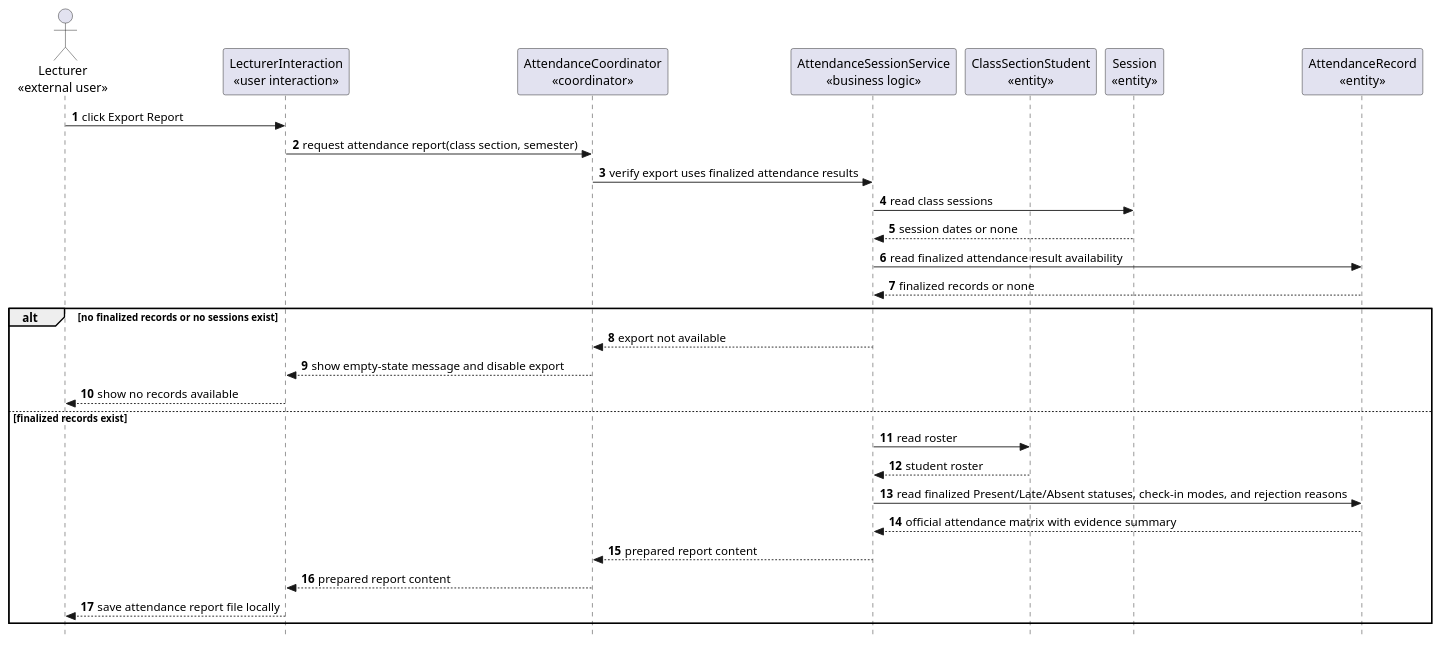
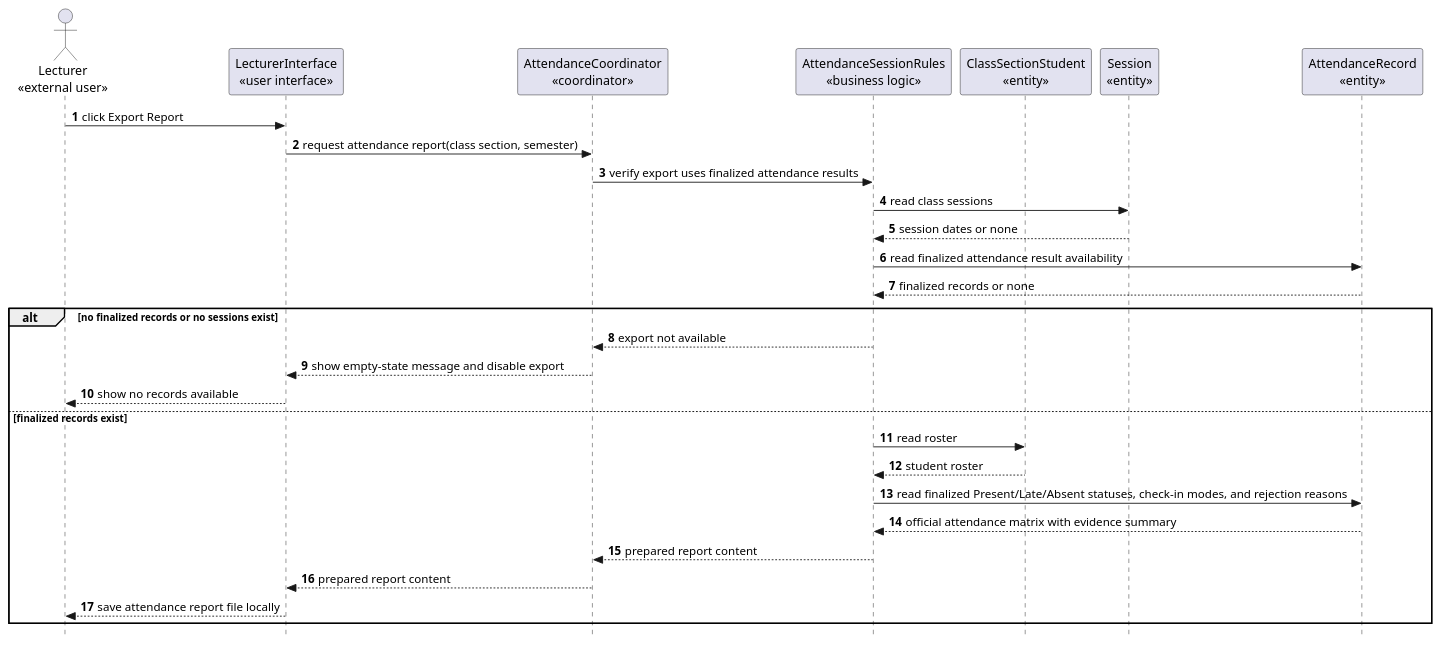
One commit to nttung42/SWD392 changed diagram 21 of 26 in docs/rds/2_Analysis.md. Above: the diagram before and after it, drawn with PlantUML. The commit also changed other lines of this file and 1 other file, not shown here.

````diff
--- a/docs/rds/2_Analysis.md
+++ b/docs/rds/2_Analysis.md
@@ -951,35 +951,35 @@
 ```plantuml
 @startuml
 skinparam style strictuml
 autonumber
 actor "Lecturer\n«external user»" as Lecturer
-participant "LecturerInteraction\n«user interaction»" as LecturerUI
+participant "LecturerInterface\n«user interface»" as LecturerUI
 participant "AttendanceCoordinator\n«coordinator»" as ReportControl
-participant "AttendanceSessionService\n«business logic»" as ReportRules
+participant "AttendanceSessionRules\n«business logic»" as ReportRules
 participant "ClassSectionStudent\n«entity»" as ClassSectionStudent
 participant "Session\n«entity»" as Session
 participant "AttendanceRecord\n«entity»" as AttendanceRecord
 
 Lecturer -> LecturerUI : click Export Report
 LecturerUI -> ReportControl : request attendance report(class section, semester)
 ReportControl -> ReportRules : verify export uses finalized attendance results
 ReportRules -> Session : read class sessions
 Session --> ReportRules : session dates or none
 ReportRules -> AttendanceRecord : read finalized attendance result availability
 AttendanceRecord --> ReportRules : finalized records or none
 
 alt no finalized records or no sessions exist
   ReportRules --> ReportControl : export not available
   ReportControl --> LecturerUI : show empty-state message and disable export
   LecturerUI --> Lecturer : show no records available
 else finalized records exist
   ReportRules -> ClassSectionStudent : read roster
   ClassSectionStudent --> ReportRules : student roster
   ReportRules -> AttendanceRecord : read finalized Present/Late/Absent statuses, check-in modes, and rejection reasons
   AttendanceRecord --> ReportRules : official attendance matrix with evidence summary
   ReportRules --> ReportControl : prepared report content
   ReportControl --> LecturerUI : prepared report content
   LecturerUI --> Lecturer : save attendance report file locally
 end
 @enduml
 ```
````
